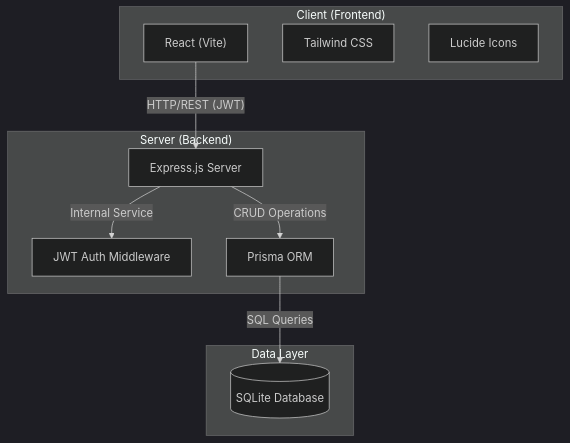
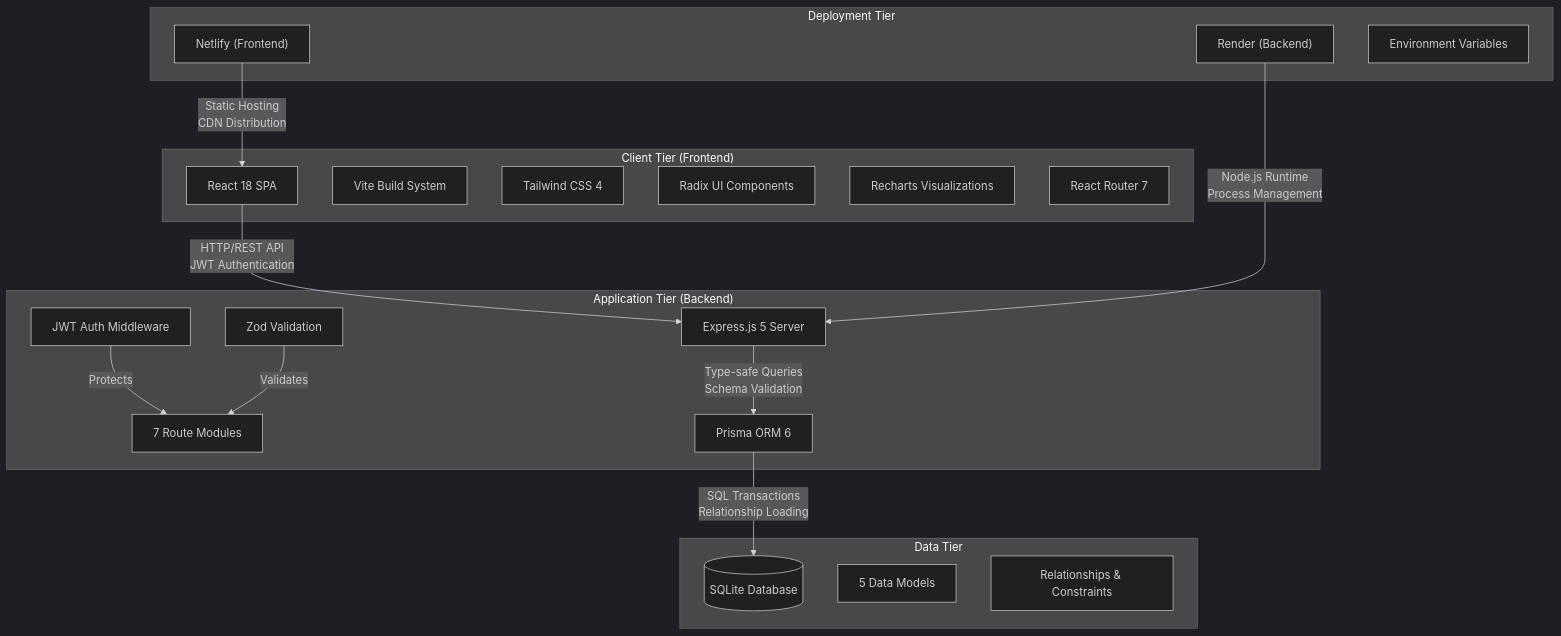
One commit to 4xrhd/logistic-maitainance- changed the diagram in documentation/ARCHITECTURE.md. Above: the diagram before and after it, drawn with Mermaid (dark theme). The commit also changed other lines of this file and 20 other files, not shown here.

Commit message:
feat: implement database schema updates, add seeding script, and introduce user management components

````diff
--- a/documentation/ARCHITECTURE.md
+++ b/documentation/ARCHITECTURE.md
@@ -7,23 +7,41 @@
 ```mermaid
 graph TD
-    subgraph Client ["Client (Frontend)"]
-        React["React (Vite)"]
-        Tailwind["Tailwind CSS"]
-        Lucide["Lucide Icons"]
+    subgraph Client ["Client Tier (Frontend)"]
+        React["React 18 SPA"]
+        Vite["Vite Build System"]
+        Tailwind["Tailwind CSS 4"]
+        Radix["Radix UI Components"]
+        Recharts["Recharts Visualizations"]
+        Router["React Router 7"]
     end
 
-    subgraph Server ["Server (Backend)"]
-        Express["Express.js Server"]
+    subgraph Server ["Application Tier (Backend)"]
+        Express["Express.js 5 Server"]
         Auth["JWT Auth Middleware"]
-        Prisma["Prisma ORM"]
+        Routes["7 Route Modules"]
+        Validation["Zod Validation"]
+        Prisma["Prisma ORM 6"]
     end
 
-    subgraph Data ["Data Layer"]
+    subgraph Data ["Data Tier"]
         SQLite[("SQLite Database")]
+        Models["5 Data Models"]
+        Relations["Relationships & Constraints"]
     end
 
-    React -- "HTTP/REST (JWT)" --> Express
-    Express -- "Internal Service" --> Auth
-    Express -- "CRUD Operations" --> Prisma
-    Prisma -- "SQL Queries" --> SQLite
+    subgraph Deployment ["Deployment Tier"]
+        Netlify["Netlify (Frontend)"]
+        Render["Render (Backend)"]
+        Env["Environment Variables"]
+    end
+
+    React -- "HTTP/REST API<br/>JWT Authentication" --> Express
+    Express -- "Type-safe Queries<br/>Schema Validation" --> Prisma
+    Prisma -- "SQL Transactions<br/>Relationship Loading" --> SQLite
+    
+    Netlify -- "Static Hosting<br/>CDN Distribution" --> React
+    Render -- "Node.js Runtime<br/>Process Management" --> Express
+    
+    Auth -- "Protects" --> Routes
+    Validation -- "Validates" --> Routes
 ```
````
